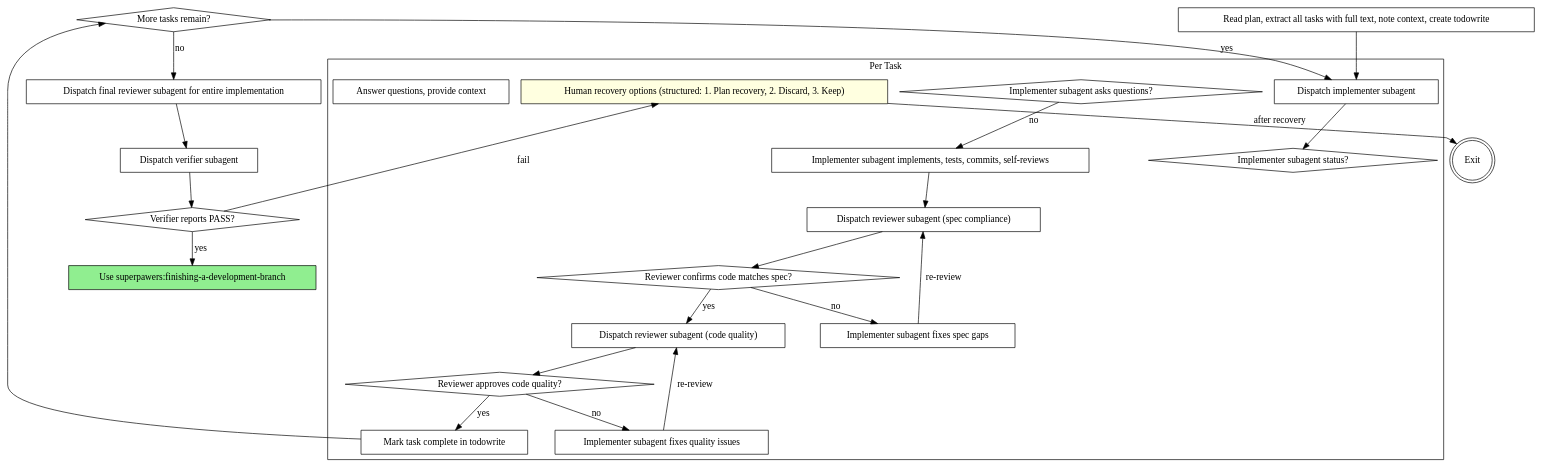
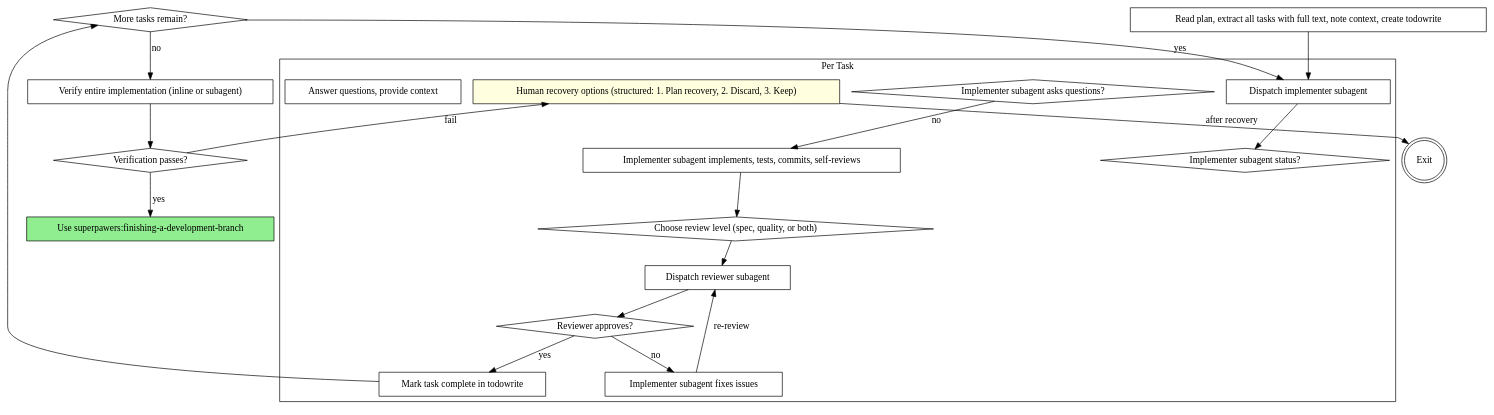
One commit to BubbleBuffer/superpawers changed the second of 2 diagrams in skills/subagent-driven-development/SKILL.md. Above: the diagram before and after it, drawn with Graphviz. The commit also changed other lines of this file and 1 other file, not shown here.

Commit message:
feat: enhance subagent-driven development documentation with clearer processes and verification strategies, batched verification for smaller tasks and updated execution graph

````diff
--- a/skills/subagent-driven-development/SKILL.md
+++ b/skills/subagent-driven-development/SKILL.md
@@ -34,52 +34,45 @@
 ```dot
 digraph process {
     rankdir=TB;
 
     subgraph cluster_per_task {
         label="Per Task";
         "Dispatch implementer subagent" [shape=box];
         "Implementer subagent status?" [shape=diamond];
         "Human recovery options (structured: 1. Plan recovery, 2. Discard, 3. Keep)" [shape=box style=filled fillcolor=lightyellow];
         "Implementer subagent asks questions?" [shape=diamond];
         "Answer questions, provide context" [shape=box];
         "Implementer subagent implements, tests, commits, self-reviews" [shape=box];
-        "Dispatch reviewer subagent (spec compliance)" [shape=box];
-        "Reviewer confirms code matches spec?" [shape=diamond];
-        "Implementer subagent fixes spec gaps" [shape=box];
-        "Dispatch reviewer subagent (code quality)" [shape=box];
-        "Reviewer approves code quality?" [shape=diamond];
-        "Implementer subagent fixes quality issues" [shape=box];
+        "Choose review level (spec, quality, or both)" [shape=diamond];
+        "Dispatch reviewer subagent" [shape=box];
+        "Reviewer approves?" [shape=diamond];
+        "Implementer subagent fixes issues" [shape=box];
         "Mark task complete in todowrite" [shape=box];
     }
 
     "Read plan, extract all tasks with full text, note context, create todowrite" [shape=box];
     "More tasks remain?" [shape=diamond];
-    "Dispatch final reviewer subagent for entire implementation" [shape=box];
-    "Dispatch verifier subagent" [shape=box];
-    "Verifier reports PASS?" [shape=diamond];
+    "Verify entire implementation (inline or subagent)" [shape=box];
+    "Verification passes?" [shape=diamond];
     "Use superpawers:finishing-a-development-branch" [shape=box style=filled fillcolor=lightgreen];
     "Human recovery options (structured: 1. Plan recovery, 2. Discard, 3. Keep)" [shape=box style=filled fillcolor=lightyellow];
     "Exit" [shape=doublecircle];
 
     "Read plan, extract all tasks with full text, note context, create todowrite" -> "Dispatch implementer subagent";
     "Dispatch implementer subagent" -> "Implementer subagent status?";
     "Implementer subagent asks questions?" -> "Implementer subagent implements, tests, commits, self-reviews" [label="no"];
-    "Implementer subagent implements, tests, commits, self-reviews" -> "Dispatch reviewer subagent (spec compliance)";
-    "Dispatch reviewer subagent (spec compliance)" -> "Reviewer confirms code matches spec?";
-    "Reviewer confirms code matches spec?" -> "Implementer subagent fixes spec gaps" [label="no"];
-    "Implementer subagent fixes spec gaps" -> "Dispatch reviewer subagent (spec compliance)" [label="re-review"];
-    "Reviewer confirms code matches spec?" -> "Dispatch reviewer subagent (code quality)" [label="yes"];
-    "Dispatch reviewer subagent (code quality)" -> "Reviewer approves code quality?";
-    "Reviewer approves code quality?" -> "Implementer subagent fixes quality issues" [label="no"];
-    "Implementer subagent fixes quality issues" -> "Dispatch reviewer subagent (code quality)" [label="re-review"];
-    "Reviewer approves code quality?" -> "Mark task complete in todowrite" [label="yes"];
+    "Implementer subagent implements, tests, commits, self-reviews" -> "Choose review level (spec, quality, or both)";
+    "Choose review level (spec, quality, or both)" -> "Dispatch reviewer subagent";
+    "Dispatch reviewer subagent" -> "Reviewer approves?";
+    "Reviewer approves?" -> "Implementer subagent fixes issues" [label="no"];
+    "Implementer subagent fixes issues" -> "Dispatch reviewer subagent" [label="re-review"];
+    "Reviewer approves?" -> "Mark task complete in todowrite" [label="yes"];
     "Mark task complete in todowrite" -> "More tasks remain?";
     "More tasks remain?" -> "Dispatch implementer subagent" [label="yes"];
-    "More tasks remain?" -> "Dispatch final reviewer subagent for entire implementation" [label="no"];
-    "Dispatch final reviewer subagent for entire implementation" -> "Dispatch verifier subagent";
-    "Dispatch verifier subagent" -> "Verifier reports PASS?";
-    "Verifier reports PASS?" -> "Use superpawers:finishing-a-development-branch" [label="yes"];
-    "Verifier reports PASS?" -> "Human recovery options (structured: 1. Plan recovery, 2. Discard, 3. Keep)" [label="fail"];
+    "More tasks remain?" -> "Verify entire implementation (inline or subagent)" [label="no"];
+    "Verify entire implementation (inline or subagent)" -> "Verification passes?";
+    "Verification passes?" -> "Use superpawers:finishing-a-development-branch" [label="yes"];
+    "Verification passes?" -> "Human recovery options (structured: 1. Plan recovery, 2. Discard, 3. Keep)" [label="fail"];
     "Human recovery options (structured: 1. Plan recovery, 2. Discard, 3. Keep)" -> "Exit" [label="after recovery"];
 }
 ```
````
